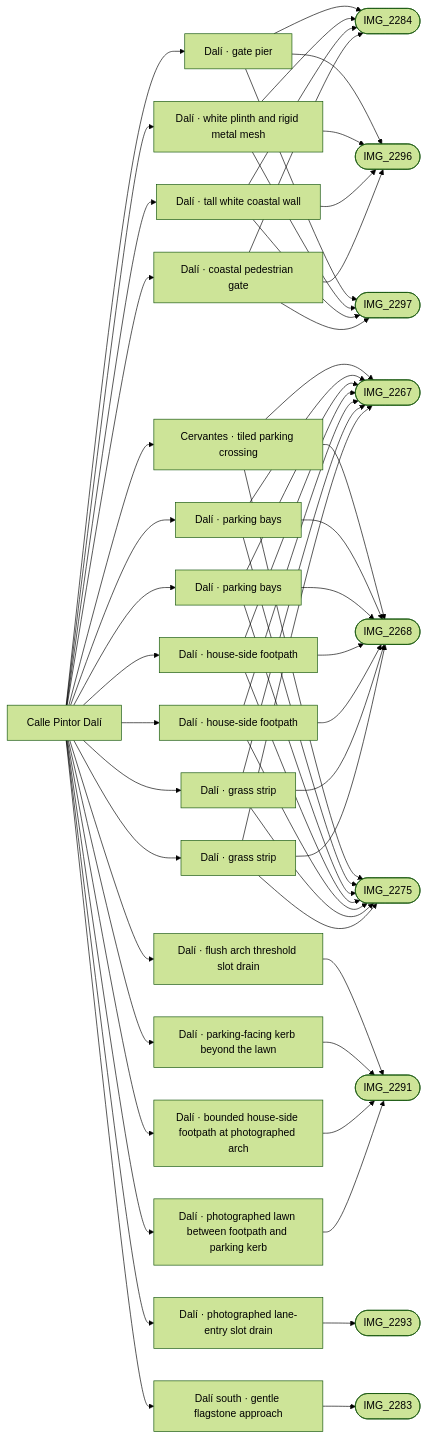
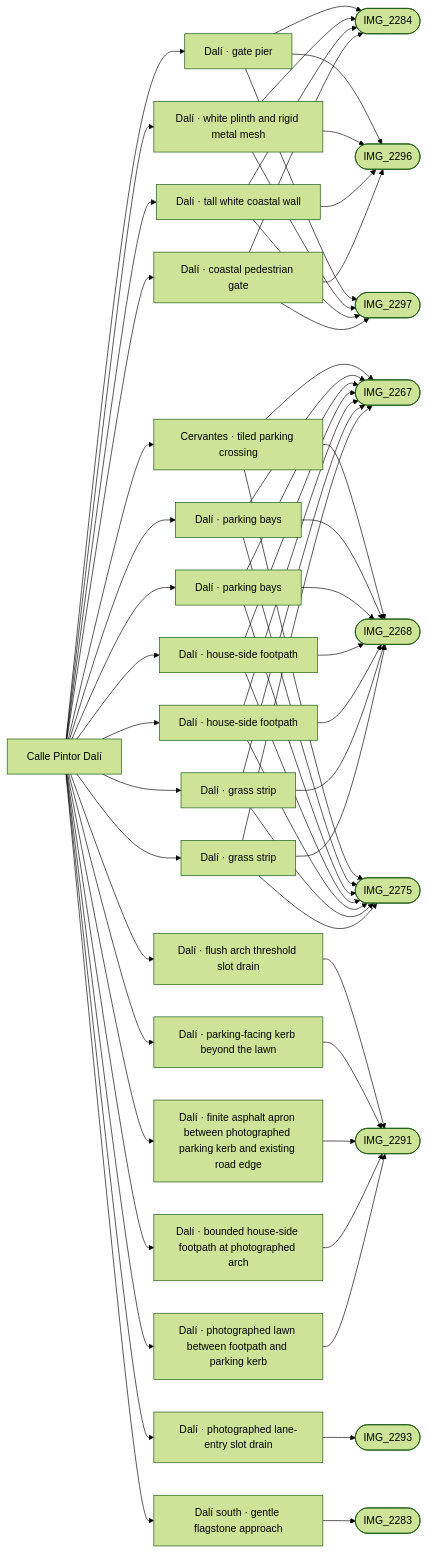
One commit to daveyboyc/villacana-venture changed the diagram in refs/areas/dali.md. Above: the diagram before and after it, drawn with Mermaid (forest theme). The commit also changed other lines of this file and 15 other files, not shown here.

Commit message:
Join the photographed Dali kerb directly to its asphalt road

````diff
--- a/refs/areas/dali.md
+++ b/refs/areas/dali.md
@@ -37,60 +37,62 @@
 ```mermaid
 graph LR
   A["Calle Pintor Dalí"]
   A --> F0["Dalí · gate pier"]
   F0 --> PIMG_2284_jpg(["IMG_2284"])
   F0 --> PIMG_2296_jpg(["IMG_2296"])
   F0 --> PIMG_2297_jpg(["IMG_2297"])
   A --> F1["Dalí · white plinth and rigid metal mesh"]
   F1 --> PIMG_2284_jpg(["IMG_2284"])
   F1 --> PIMG_2296_jpg(["IMG_2296"])
   F1 --> PIMG_2297_jpg(["IMG_2297"])
   A --> F2["Dalí · tall white coastal wall"]
   F2 --> PIMG_2284_jpg(["IMG_2284"])
   F2 --> PIMG_2296_jpg(["IMG_2296"])
   F2 --> PIMG_2297_jpg(["IMG_2297"])
   A --> F3["Cervantes · tiled parking crossing"]
   F3 --> PIMG_2267_jpg(["IMG_2267"])
   F3 --> PIMG_2268_jpg(["IMG_2268"])
   F3 --> PIMG_2275_jpg(["IMG_2275"])
   A --> F4["Dalí · parking bays"]
   F4 --> PIMG_2267_jpg(["IMG_2267"])
   F4 --> PIMG_2268_jpg(["IMG_2268"])
   F4 --> PIMG_2275_jpg(["IMG_2275"])
   A --> F5["Dalí · parking bays"]
   F5 --> PIMG_2267_jpg(["IMG_2267"])
   F5 --> PIMG_2268_jpg(["IMG_2268"])
   F5 --> PIMG_2275_jpg(["IMG_2275"])
   A --> F6["Dalí · house-side footpath"]
   F6 --> PIMG_2267_jpg(["IMG_2267"])
   F6 --> PIMG_2268_jpg(["IMG_2268"])
   F6 --> PIMG_2275_jpg(["IMG_2275"])
   A --> F7["Dalí · house-side footpath"]
   F7 --> PIMG_2267_jpg(["IMG_2267"])
   F7 --> PIMG_2268_jpg(["IMG_2268"])
   F7 --> PIMG_2275_jpg(["IMG_2275"])
   A --> F8["Dalí · grass strip"]
   F8 --> PIMG_2267_jpg(["IMG_2267"])
   F8 --> PIMG_2268_jpg(["IMG_2268"])
   F8 --> PIMG_2275_jpg(["IMG_2275"])
   A --> F9["Dalí · grass strip"]
   F9 --> PIMG_2267_jpg(["IMG_2267"])
   F9 --> PIMG_2268_jpg(["IMG_2268"])
   F9 --> PIMG_2275_jpg(["IMG_2275"])
   A --> F10["Dalí · flush arch threshold slot drain"]
   F10 --> PIMG_2291_jpg(["IMG_2291"])
   A --> F11["Dalí · parking-facing kerb beyond the lawn"]
   F11 --> PIMG_2291_jpg(["IMG_2291"])
-  A --> F12["Dalí · bounded house-side footpath at photographed arch"]
+  A --> F12["Dalí · finite asphalt apron between photographed parking kerb and existing road edge"]
   F12 --> PIMG_2291_jpg(["IMG_2291"])
-  A --> F13["Dalí · photographed lawn between footpath and parking kerb"]
+  A --> F13["Dalí · bounded house-side footpath at photographed arch"]
   F13 --> PIMG_2291_jpg(["IMG_2291"])
-  A --> F14["Dalí · photographed lane-entry slot drain"]
-  F14 --> PIMG_2293_jpg(["IMG_2293"])
-  A --> F15["Dalí · coastal pedestrian gate"]
-  F15 --> PIMG_2284_jpg(["IMG_2284"])
-  F15 --> PIMG_2296_jpg(["IMG_2296"])
-  F15 --> PIMG_2297_jpg(["IMG_2297"])
-  A --> F16["Dalí south · gentle flagstone approach"]
-  F16 --> PIMG_2283_jpg(["IMG_2283"])
+  A --> F14["Dalí · photographed lawn between footpath and parking kerb"]
+  F14 --> PIMG_2291_jpg(["IMG_2291"])
+  A --> F15["Dalí · photographed lane-entry slot drain"]
+  F15 --> PIMG_2293_jpg(["IMG_2293"])
+  A --> F16["Dalí · coastal pedestrian gate"]
+  F16 --> PIMG_2284_jpg(["IMG_2284"])
+  F16 --> PIMG_2296_jpg(["IMG_2296"])
+  F16 --> PIMG_2297_jpg(["IMG_2297"])
+  A --> F17["Dalí south · gentle flagstone approach"]
+  F17 --> PIMG_2283_jpg(["IMG_2283"])
 ```
````
